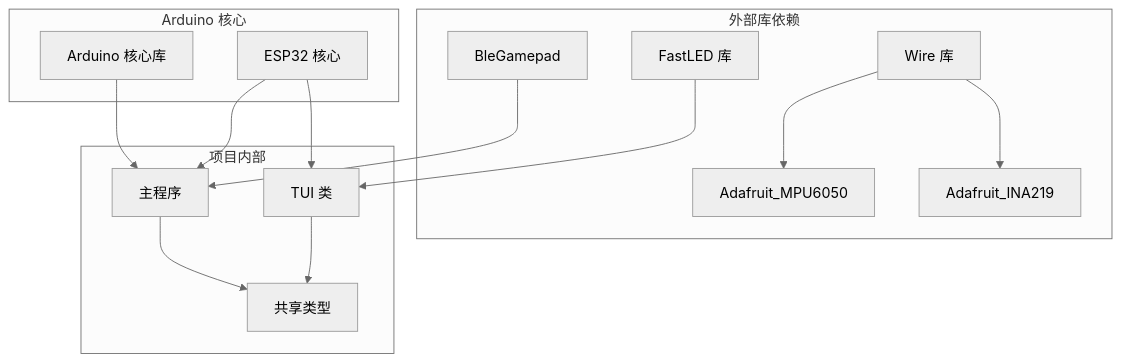
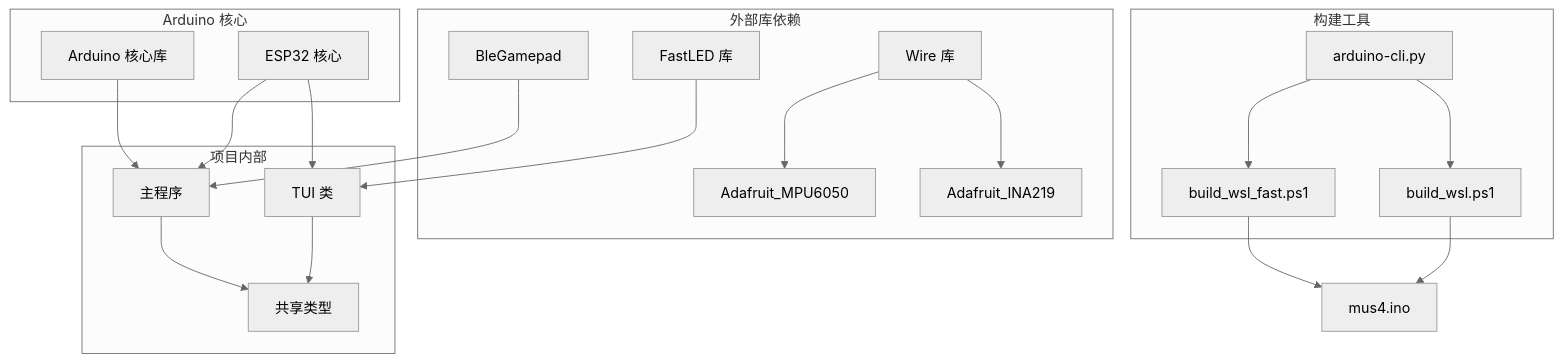
The seventh of 12 diagrams in .qoder/repowiki/zh/content/开发工具与配置/Claude AI 代码助手支持.md (DonkeyDrift/Firmware), drawn with Mermaid (neutral theme) before and after one commit. The commit also changed other lines of this file and 3 other files, not shown here.

````diff
--- a/.qoder/repowiki/zh/content/开发工具与配置/Claude AI 代码助手支持.md
+++ b/.qoder/repowiki/zh/content/开发工具与配置/Claude AI 代码助手支持.md
@@ -313,28 +335,37 @@
 ```mermaid
 graph TB
 subgraph "外部库依赖"
 Wire[Wire 库]
 FastLED[FastLED 库]
 Adafruit_MPU6050[Adafruit_MPU6050]
 Adafruit_INA219[Adafruit_INA219]
 BleGamepad[BleGamepad]
 end
 subgraph "Arduino 核心"
 ArduinoCore[Arduino 核心库]
 ESP32Core[ESP32 核心]
 end
 subgraph "项目内部"
 mus4.ino[主程序]
 TUI[TUI 类]
 SharedTypes[共享类型]
 end
+subgraph "构建工具"
+arduino_cli_py[arduino-cli.py]
+build_wsl_fast_ps1[build_wsl_fast.ps1]
+build_wsl_ps1[build_wsl.ps1]
+end
 Wire --> Adafruit_MPU6050
 Wire --> Adafruit_INA219
 FastLED --> TUI
 BleGamepad --> mus4.ino
 ArduinoCore --> mus4.ino
 ESP32Core --> mus4.ino
 ESP32Core --> TUI
 mus4.ino --> SharedTypes
 TUI --> SharedTypes
+arduino_cli_py --> build_wsl_fast_ps1
+arduino_cli_py --> build_wsl_ps1
+build_wsl_fast_ps1 --> mus4_ino[mus4.ino]
+build_wsl_ps1 --> mus4_ino
 ```
````
